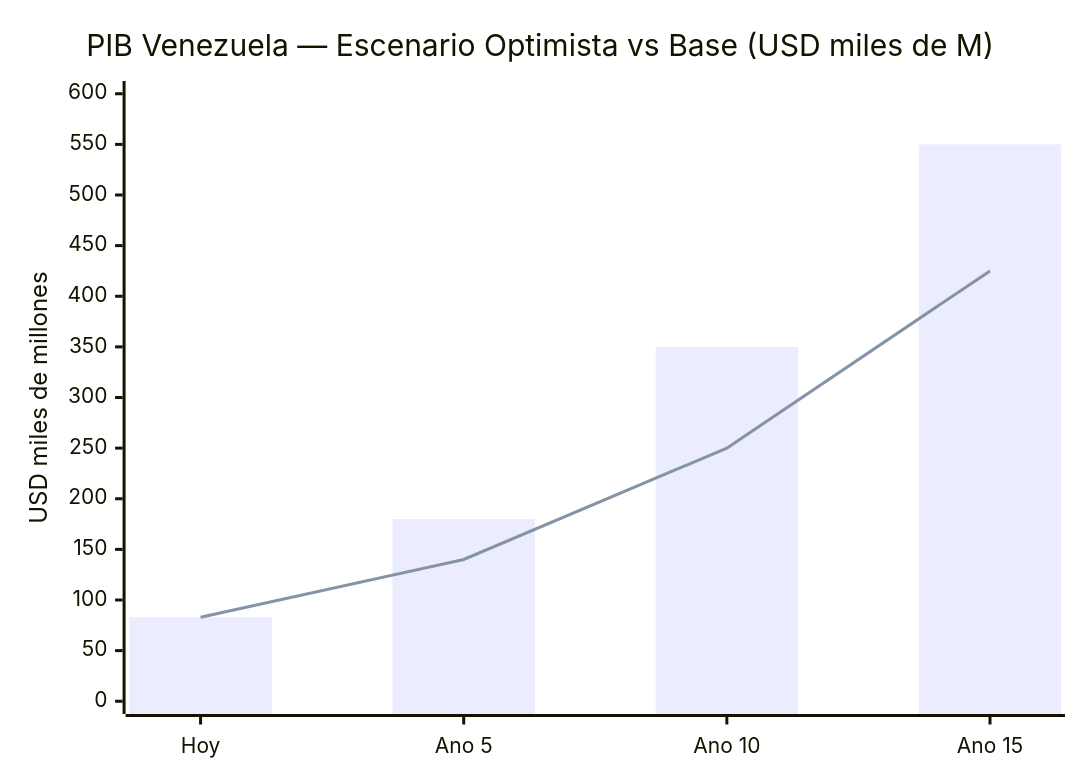
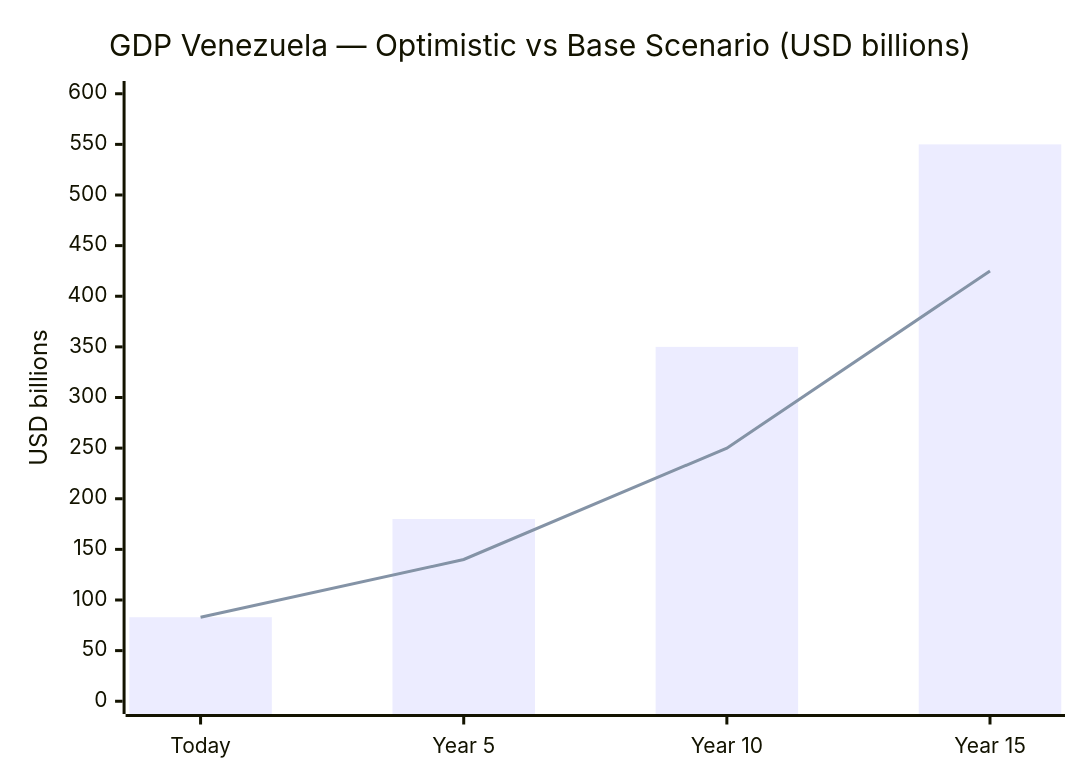
The third of 10 diagrams in i18n/en/docusaurus-plugin-content-docs/current/07-ejecucion/el-sueno.md (Venezuela-S-A/venezuela-sa), drawn with Mermaid before and after one commit. The commit also changed other lines of this file and 127 other files, not shown here.

````diff
--- a/i18n/en/docusaurus-plugin-content-docs/current/07-ejecucion/el-sueno.md
+++ b/i18n/en/docusaurus-plugin-content-docs/current/07-ejecucion/el-sueno.md
@@ -273,8 +273,8 @@
 ```mermaid
 xychart-beta
-    title "PIB Venezuela — Escenario Optimista vs Base (USD miles de M)"
-    x-axis ["Hoy", "Ano 5", "Ano 10", "Ano 15"]
-    y-axis "USD miles de millones" 0 --> 600
+    title "GDP Venezuela — Optimistic vs Base Scenario (USD billions)"
+    x-axis ["Today", "Year 5", "Year 10", "Year 15"]
+    y-axis "USD billions" 0 --> 600
     bar [83, 180, 350, 550]
     line [83, 140, 250, 425]
 ```
````
